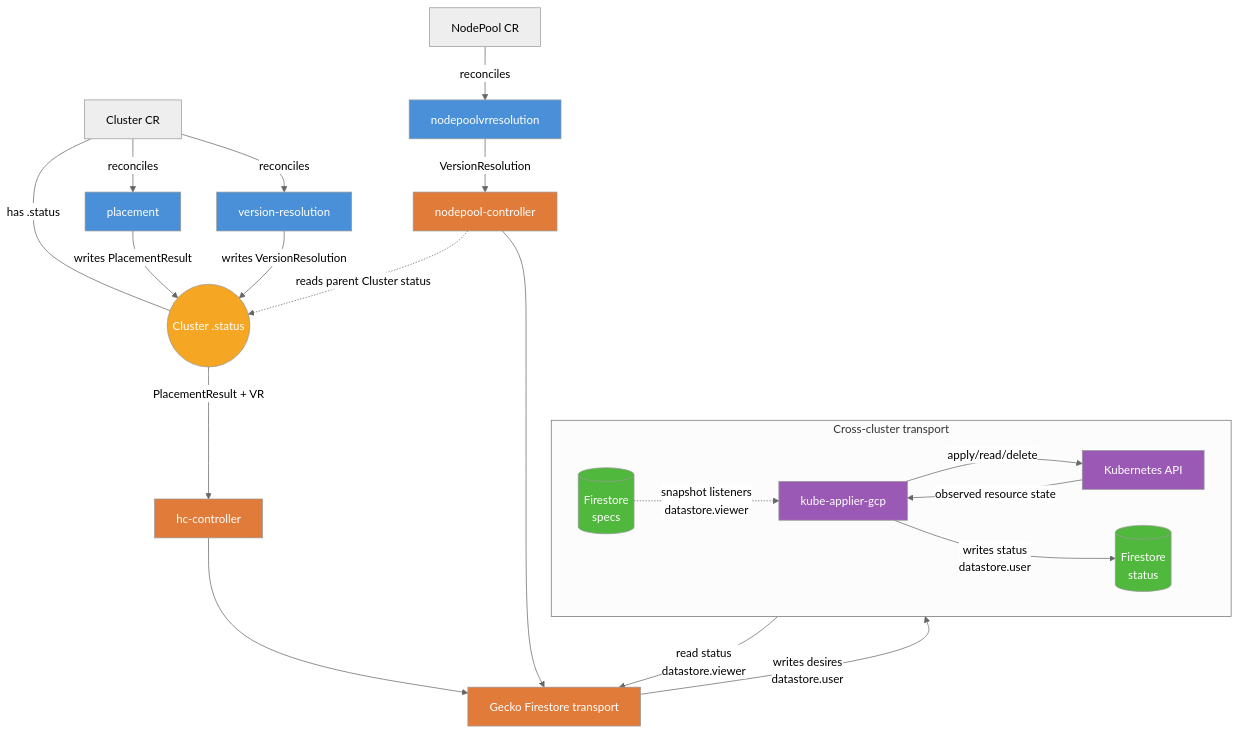
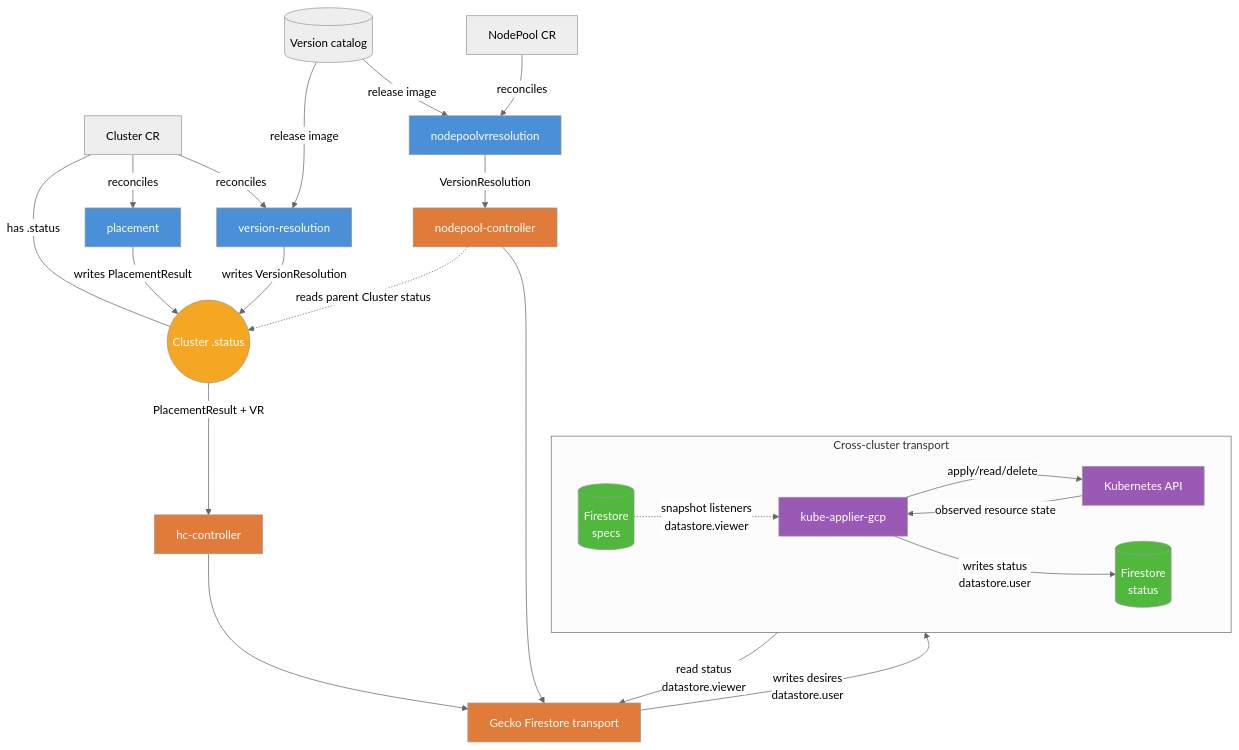
Before and after one commit to openshift-online/gecko: the first of 2 diagrams in controllers/README.md, drawn with Mermaid (neutral theme). The commit also changed other lines of this file and 20 other files, not shown here.

Commit message:
GCP-1254: feat(controllers): resolve release images from the Version catalog

````diff
--- a/controllers/README.md
+++ b/controllers/README.md
@@ -23,45 +23,48 @@
 ```mermaid
 graph TD
     A[Cluster CR] -->|reconciles| B[placement]
     A -->|reconciles| C[version-resolution]
     A ---|has .status| K((Cluster .status))
 
     B -->|writes PlacementResult| K
     C -->|writes VersionResolution| K
+
+    V[(Version catalog)] -->|release image| C
+    V -->|release image| G
 
     K -->|PlacementResult + VR| D[hc-controller]
 
     E[NodePool CR] -->|reconciles| G[nodepoolvrresolution]
     G -->|VersionResolution| F[nodepool-controller]
     F -.->|reads parent Cluster status| K
 
     D --> X[Gecko Firestore transport]
     F --> X
 
     subgraph T[Cross-cluster transport]
         direction LR
         S[(Firestore<br/>specs)]
         I[kube-applier-gcp]
         J[Kubernetes API]
         ST[(Firestore<br/>status)]
     end
 
     X -->|writes desires<br/>datastore.user| S
     S -.->|snapshot listeners<br/>datastore.viewer| I
     I -->|apply/read/delete| J
     J -->|observed resource state| I
     I -->|writes status<br/>datastore.user| ST
     ST -->|read status<br/>datastore.viewer| X
 
     style K fill:#f5a623,color:#fff
     style B fill:#4a90d9,color:#fff
     style C fill:#4a90d9,color:#fff
     style D fill:#e07b39,color:#fff
     style F fill:#e07b39,color:#fff
     style G fill:#4a90d9,color:#fff
     style X fill:#e07b39,color:#fff
     style S fill:#50b83c,color:#fff
     style ST fill:#50b83c,color:#fff
     style I fill:#9b59b6,color:#fff
     style J fill:#9b59b6,color:#fff
 ```
````
